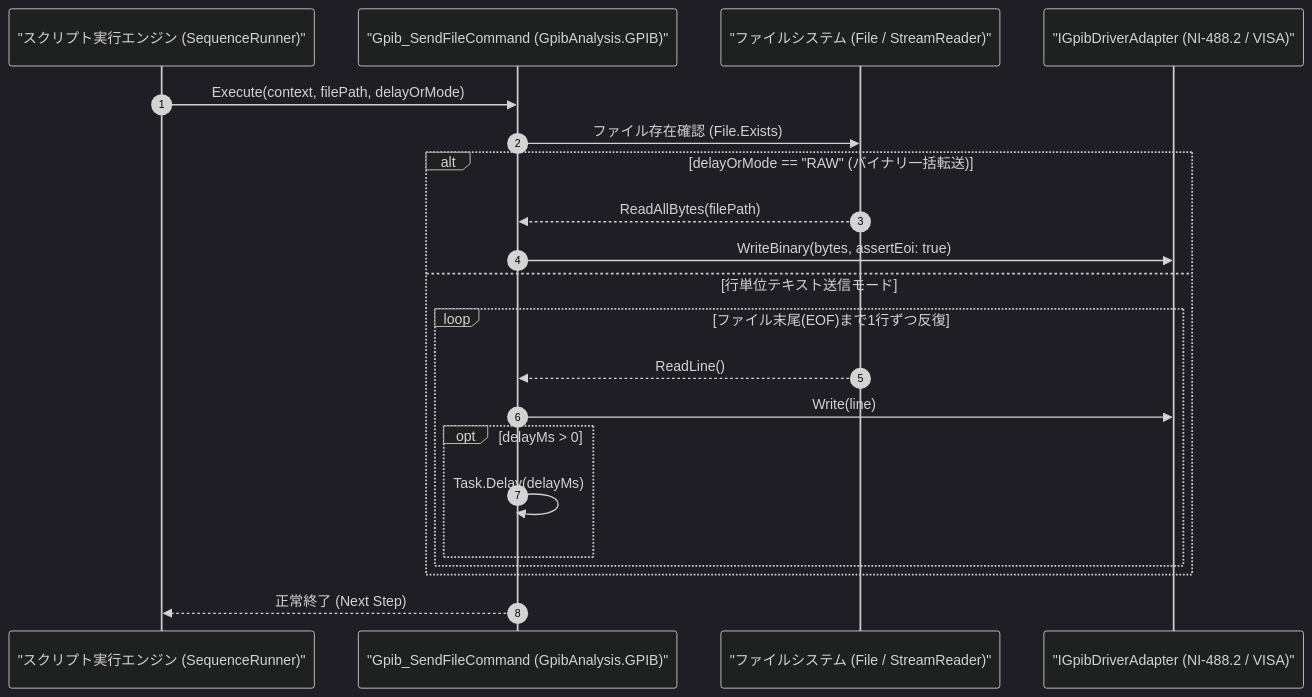
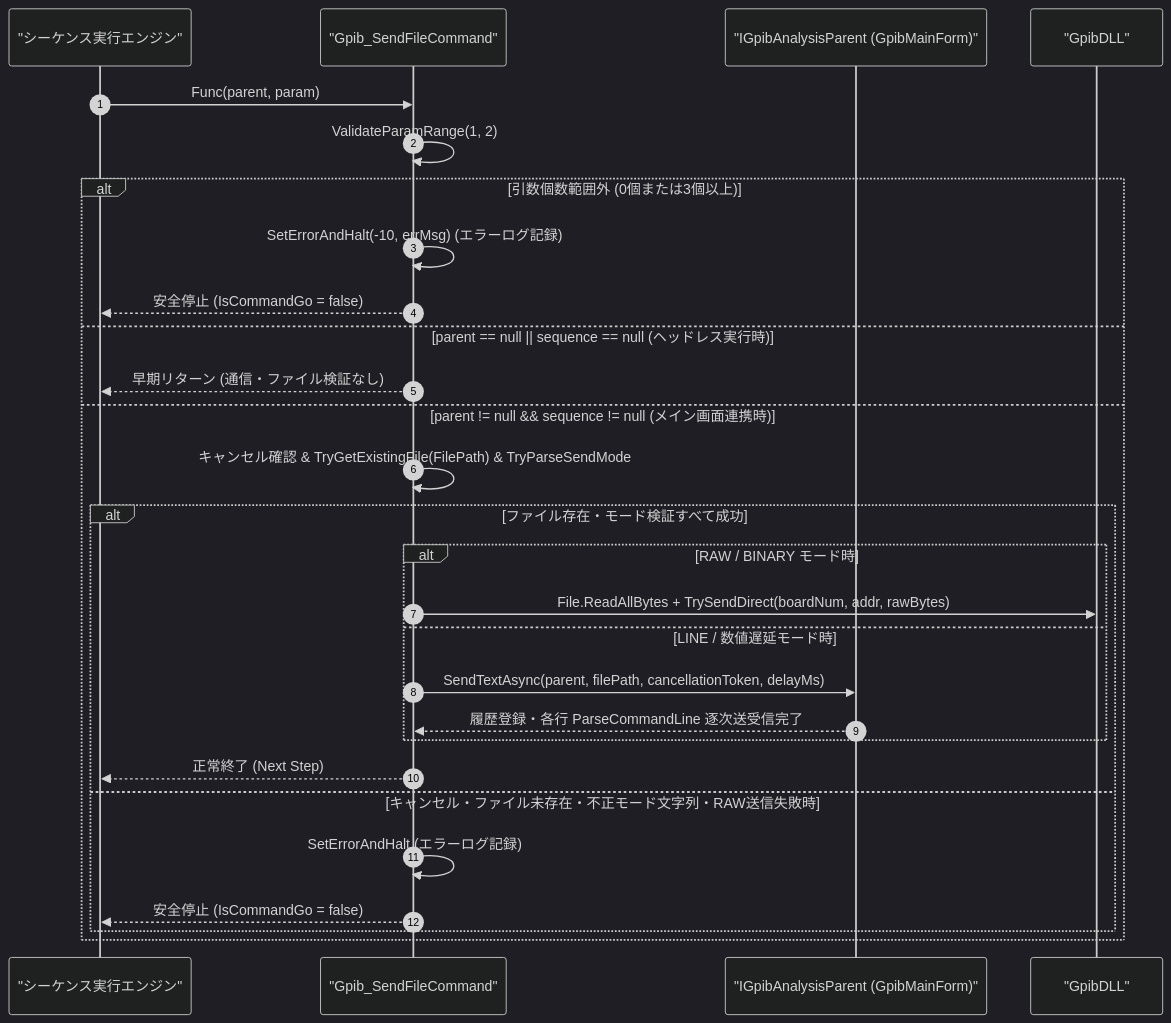
One commit to Monaca-App/GpibAddIn changed the diagram in Manual/GPIB/Gpib_SendFile.Md. Above: the diagram before and after it, drawn with Mermaid (dark theme). The commit also changed other lines of this file and 32 other files, not shown here.

````diff
--- a/Manual/GPIB/Gpib_SendFile.Md
+++ b/Manual/GPIB/Gpib_SendFile.Md
@@ -67,24 +73,31 @@
 ```mermaid
 sequenceDiagram
     autonumber
-    participant Script as "スクリプト実行エンジン (SequenceRunner)"
-    participant Cmd as "Gpib_SendFileCommand (GpibAnalysis.GPIB)"
-    participant FS as "ファイルシステム (File / StreamReader)"
-    participant Drv as "IGpibDriverAdapter (NI-488.2 / VISA)"
+    participant Script as "シーケンス実行エンジン"
+    participant Cmd as "Gpib_SendFileCommand"
+    participant Parent as "IGpibAnalysisParent (GpibMainForm)"
+    participant Dll as "GpibDLL"
 
-    Script->>Cmd: Execute(context, filePath, delayOrMode)
-    Cmd->>FS: ファイル存在確認 (File.Exists)
-    alt delayOrMode == "RAW" (バイナリ一括転送)
-        FS-->>Cmd: ReadAllBytes(filePath)
-        Cmd->>Drv: WriteBinary(bytes, assertEoi: true)
-    else 行単位テキスト送信モード
-        loop ファイル末尾(EOF)まで1行ずつ反復
-            FS-->>Cmd: ReadLine()
-            Cmd->>Drv: Write(line)
-            opt delayMs > 0
-                Cmd->>Cmd: Task.Delay(delayMs)
+    Script->>Cmd: Func(parent, param)
+    Cmd->>Cmd: ValidateParamRange(1, 2)
+    alt 引数個数範囲外 (0個または3個以上)
+        Cmd->>Cmd: SetErrorAndHalt(-10, errMsg) (エラーログ記録)
+        Cmd-->>Script: 安全停止 (IsCommandGo = false)
+    else parent == null || sequence == null (ヘッドレス実行時)
+        Cmd-->>Script: 早期リターン (通信・ファイル検証なし)
+    else parent != null && sequence != null (メイン画面連携時)
+        Cmd->>Cmd: キャンセル確認 & TryGetExistingFile(FilePath) & TryParseSendMode
+        alt ファイル存在・モード検証すべて成功
+            alt RAW / BINARY モード時
+                Cmd->>Dll: File.ReadAllBytes + TrySendDirect(boardNum, addr, rawBytes)
+            else LINE / 数値遅延モード時
+                Cmd->>Parent: SendTextAsync(parent, filePath, cancellationToken, delayMs)
+                Parent-->>Cmd: 履歴登録・各行 ParseCommandLine 逐次送受信完了
             end
+            Cmd-->>Script: 正常終了 (Next Step)
+        else キャンセル・ファイル未存在・不正モード文字列・RAW送信失敗時
+            Cmd->>Cmd: SetErrorAndHalt (エラーログ記録)
+            Cmd-->>Script: 安全停止 (IsCommandGo = false)
         end
     end
-    Cmd-->>Script: 正常終了 (Next Step)
 ```
````
